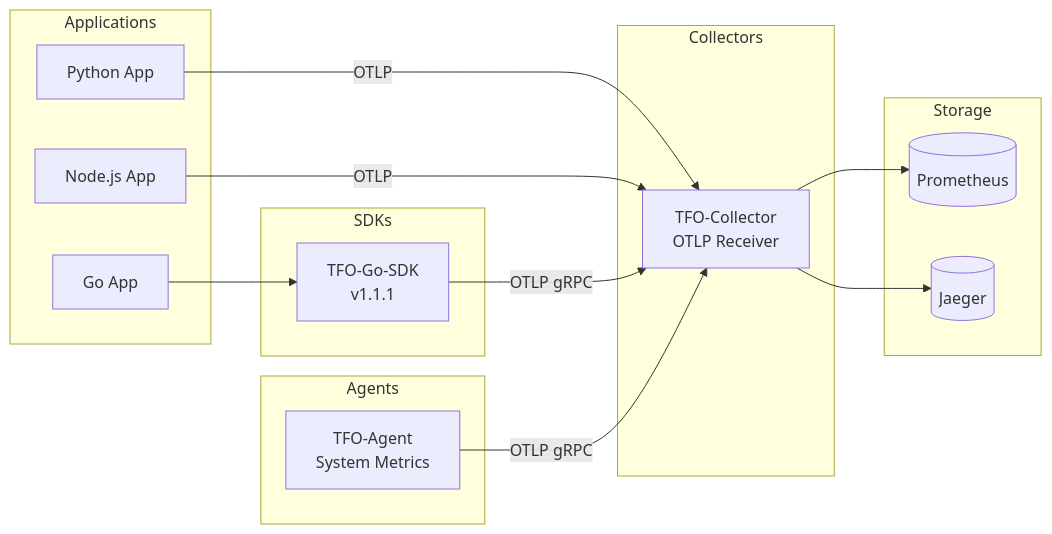
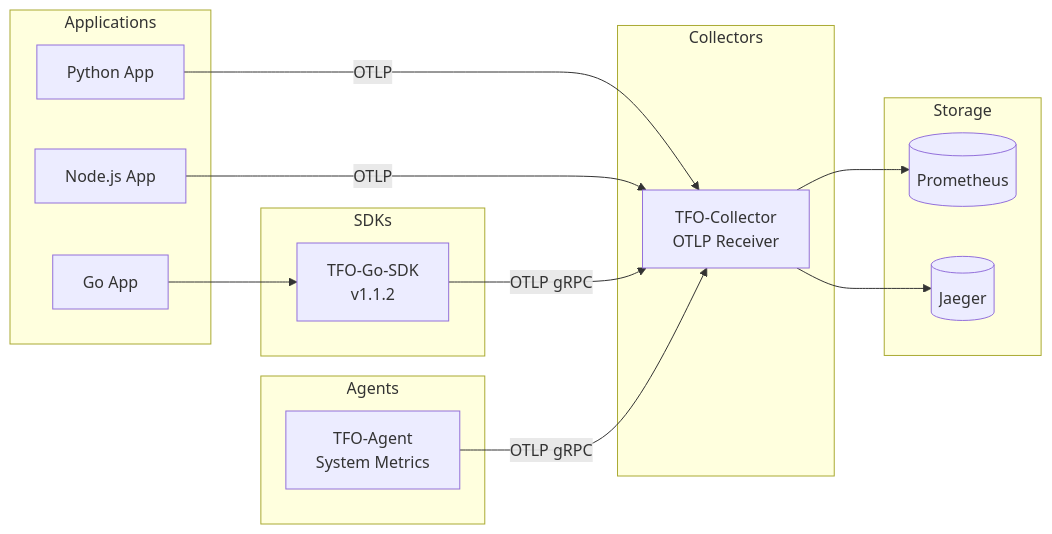
The second of 13 diagrams in docs/ARCHITECTURE.md (telemetryflow/telemetryflow-agent), drawn with Mermaid before and after one commit. The commit also changed other lines of this file and 56 other files, not shown here.

````diff
--- a/docs/ARCHITECTURE.md
+++ b/docs/ARCHITECTURE.md
@@ -53,33 +53,33 @@
 ```mermaid
 graph LR
     subgraph "Applications"
         APP1[Go App]
         APP2[Python App]
         APP3[Node.js App]
     end
 
     subgraph "SDKs"
-        SDK[TFO-Go-SDK<br/>v1.1.1]
+        SDK[TFO-Go-SDK<br/>v1.1.2]
     end
 
     subgraph "Agents"
         AGENT[TFO-Agent<br/>System Metrics]
     end
 
     subgraph "Collectors"
         COLL[TFO-Collector<br/>OTLP Receiver]
     end
 
     subgraph "Storage"
         PROM[(Prometheus)]
         JAEGER[(Jaeger)]
     end
 
     APP1 --> SDK
     APP2 -->|OTLP| COLL
     APP3 -->|OTLP| COLL
     SDK -->|OTLP gRPC| COLL
     AGENT -->|OTLP gRPC| COLL
     COLL --> PROM
     COLL --> JAEGER
 ```
````
